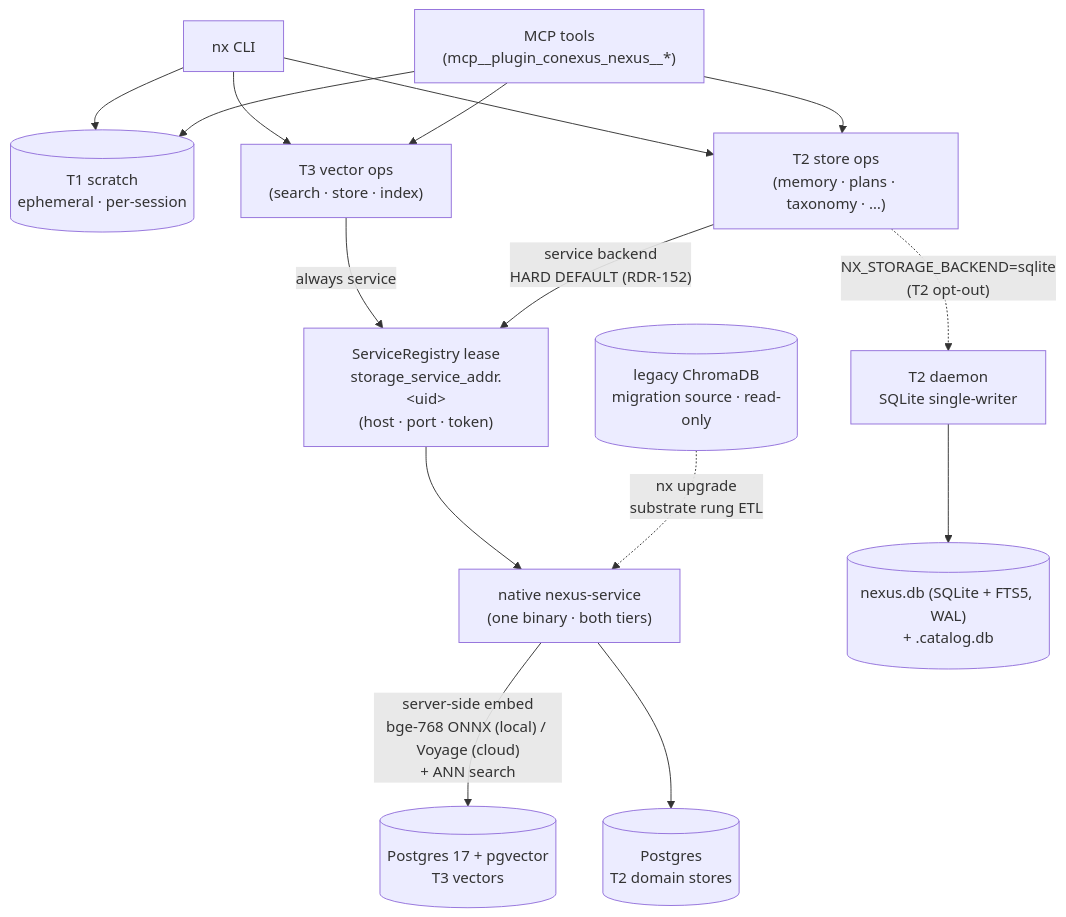
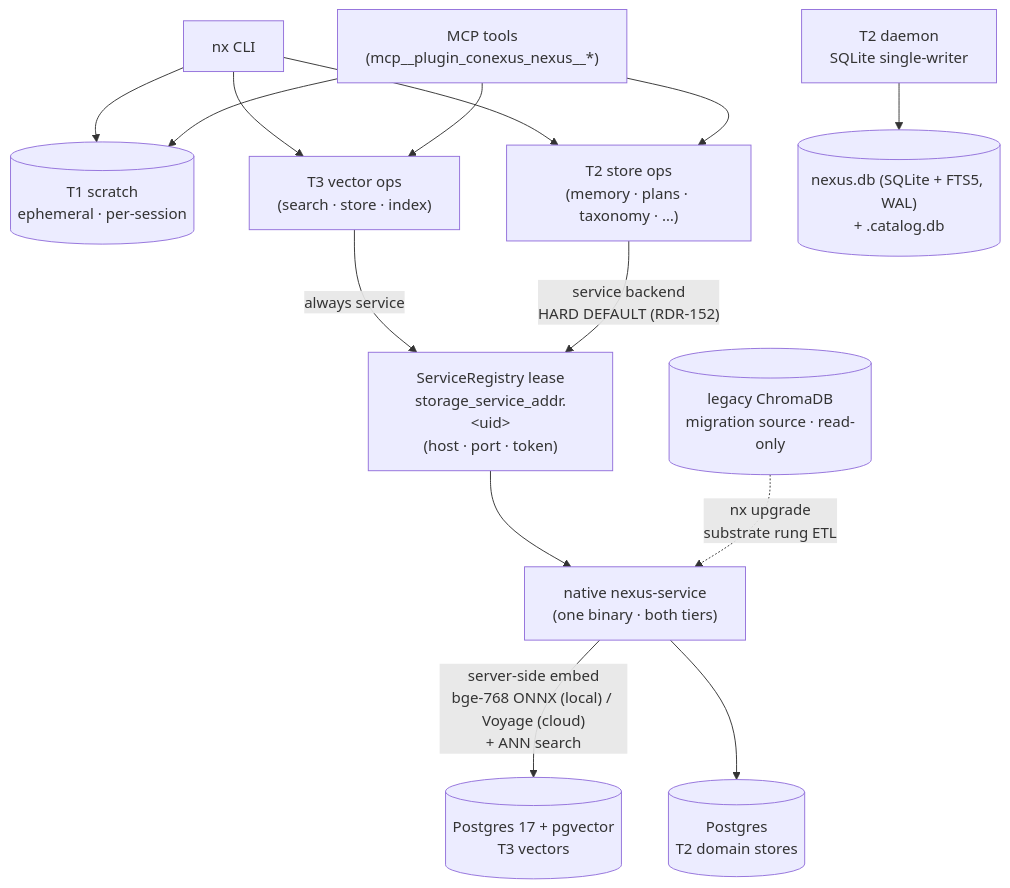
Before and after one commit to Hellblazer/nexus: the diagram in docs/storage-tiers.md, drawn with Mermaid. The commit also changed other lines of this file and 95 other files, not shown here.

````diff
--- a/docs/storage-tiers.md
+++ b/docs/storage-tiers.md
@@ -22,32 +22,31 @@
 ```mermaid
 flowchart TD
   CLI["nx CLI"]
   MCP["MCP tools<br/>(mcp__plugin_conexus_nexus__*)"]
 
   CLI --> T1[("T1 scratch<br/>ephemeral · per-session")]
   MCP --> T1
   CLI --> T3OPS
   MCP --> T3OPS
   CLI --> T2OPS
   MCP --> T2OPS
 
   T3OPS["T3 vector ops<br/>(search · store · index)"]
   T2OPS["T2 store ops<br/>(memory · plans · taxonomy · …)"]
 
   T3OPS -->|"always service"| REG
   T2OPS -->|"service backend<br/>HARD DEFAULT (RDR-152)"| REG
-  T2OPS -.->|"NX_STORAGE_BACKEND=sqlite<br/>(T2 opt-out)"| T2D
 
   REG["ServiceRegistry lease<br/>storage_service_addr.&lt;uid&gt;<br/>(host · port · token)"]
   REG --> SVC
 
   SVC["native nexus-service<br/>(one binary · both tiers)"]
   SVC -->|"server-side embed<br/>bge-768 ONNX (local) / Voyage (cloud)<br/>+ ANN search"| PG[("Postgres 17 + pgvector<br/>T3 vectors")]
   SVC --> PGT2[("Postgres<br/>T2 domain stores")]
 
   T2D["T2 daemon<br/>SQLite single-writer"]
   T2D --> SQL[("nexus.db (SQLite + FTS5, WAL)<br/>+ .catalog.db")]
 
   CHROMA[("legacy ChromaDB<br/>migration source · read-only")]
   CHROMA -.->|"nx upgrade<br/>substrate rung ETL"| SVC
 ```
````
